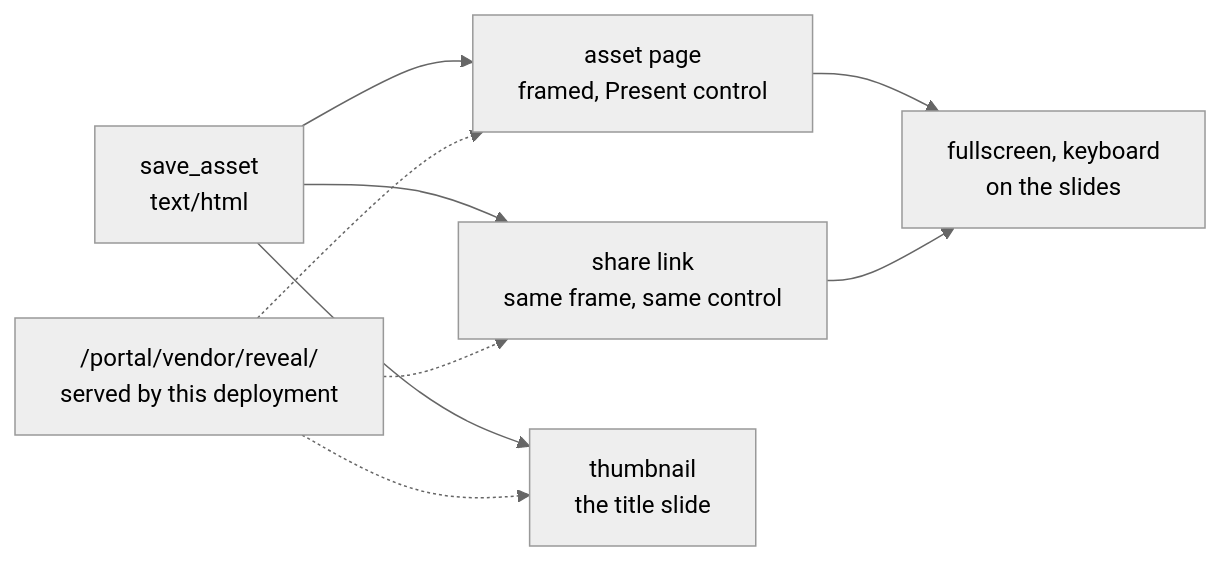
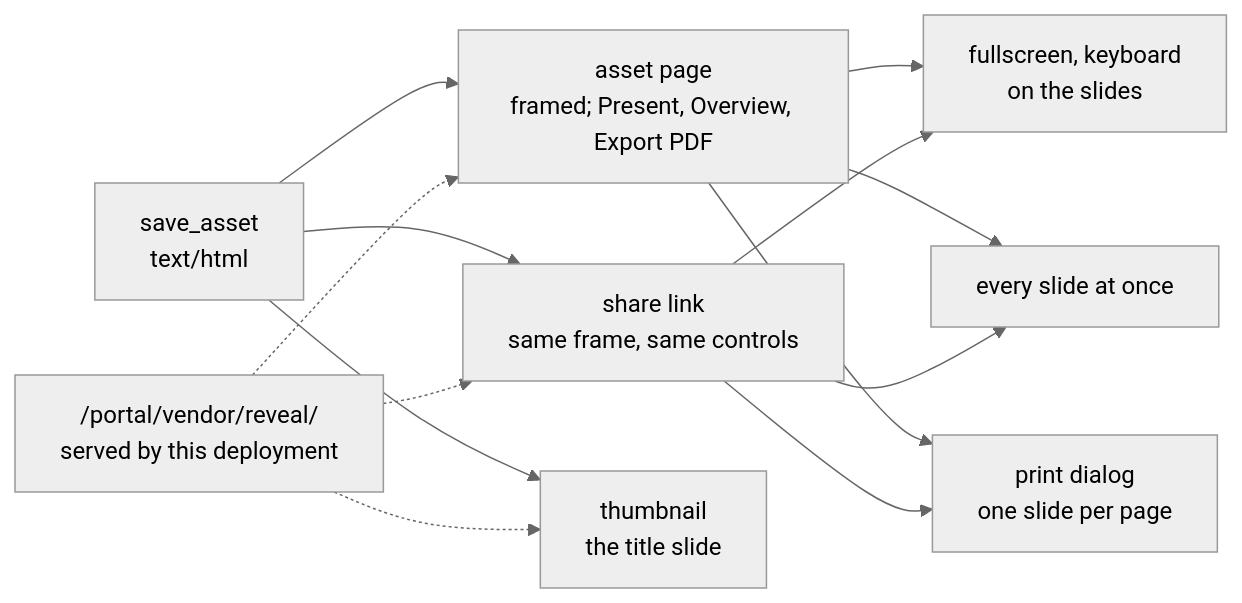
Before and after one commit to txn2/mcp-data-platform: the diagram in internal/platform/knowledgebuiltin/pages/presentations.md, drawn with Mermaid (neutral theme). The commit also changed other lines of this file and 20 other files, not shown here.

````diff
--- a/internal/platform/knowledgebuiltin/pages/presentations.md
+++ b/internal/platform/knowledgebuiltin/pages/presentations.md
@@ -10,11 +10,15 @@
 ```mermaid
 flowchart LR
-  A["save_asset<br/>text/html"] --> B["asset page<br/>framed, Present control"]
-  A --> C["share link<br/>same frame, same control"]
+  A["save_asset<br/>text/html"] --> B["asset page<br/>framed; Present, Overview, Export PDF"]
+  A --> C["share link<br/>same frame, same controls"]
   A --> D["thumbnail<br/>the title slide"]
   B --> E["fullscreen, keyboard<br/>on the slides"]
+  B --> F["every slide at once"]
+  B --> G["print dialog<br/>one slide per page"]
   C --> E
+  C --> F
+  C --> G
   R["/portal/vendor/reveal/<br/>served by this deployment"] -.-> B
   R -.-> C
   R -.-> D
 ```
````
